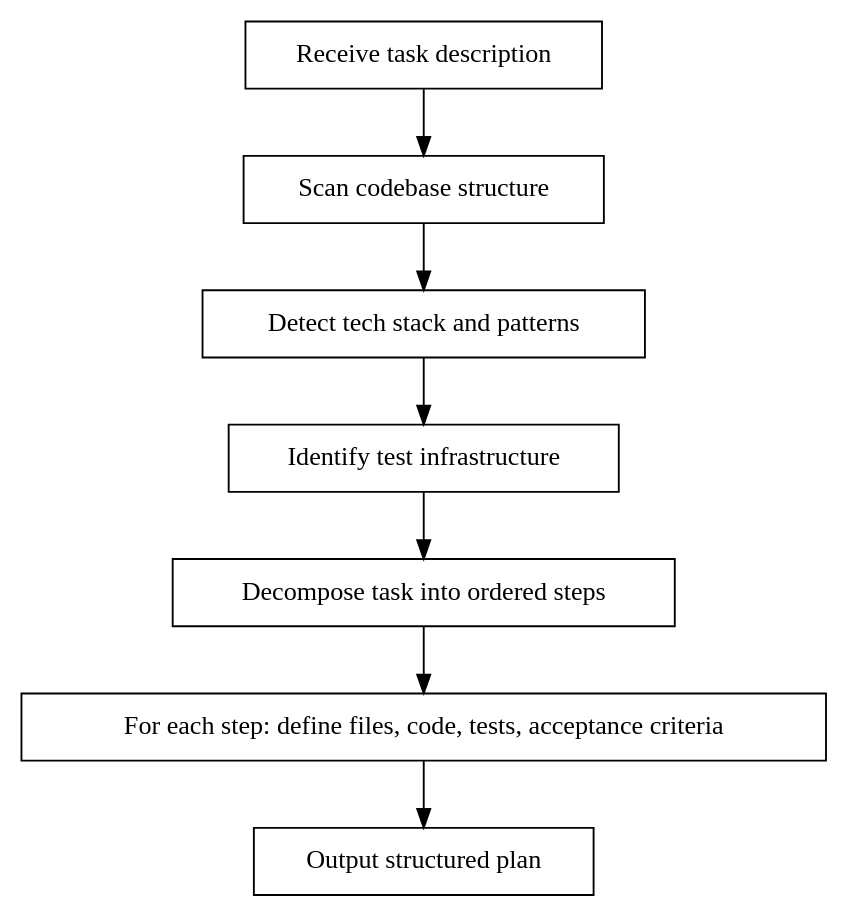
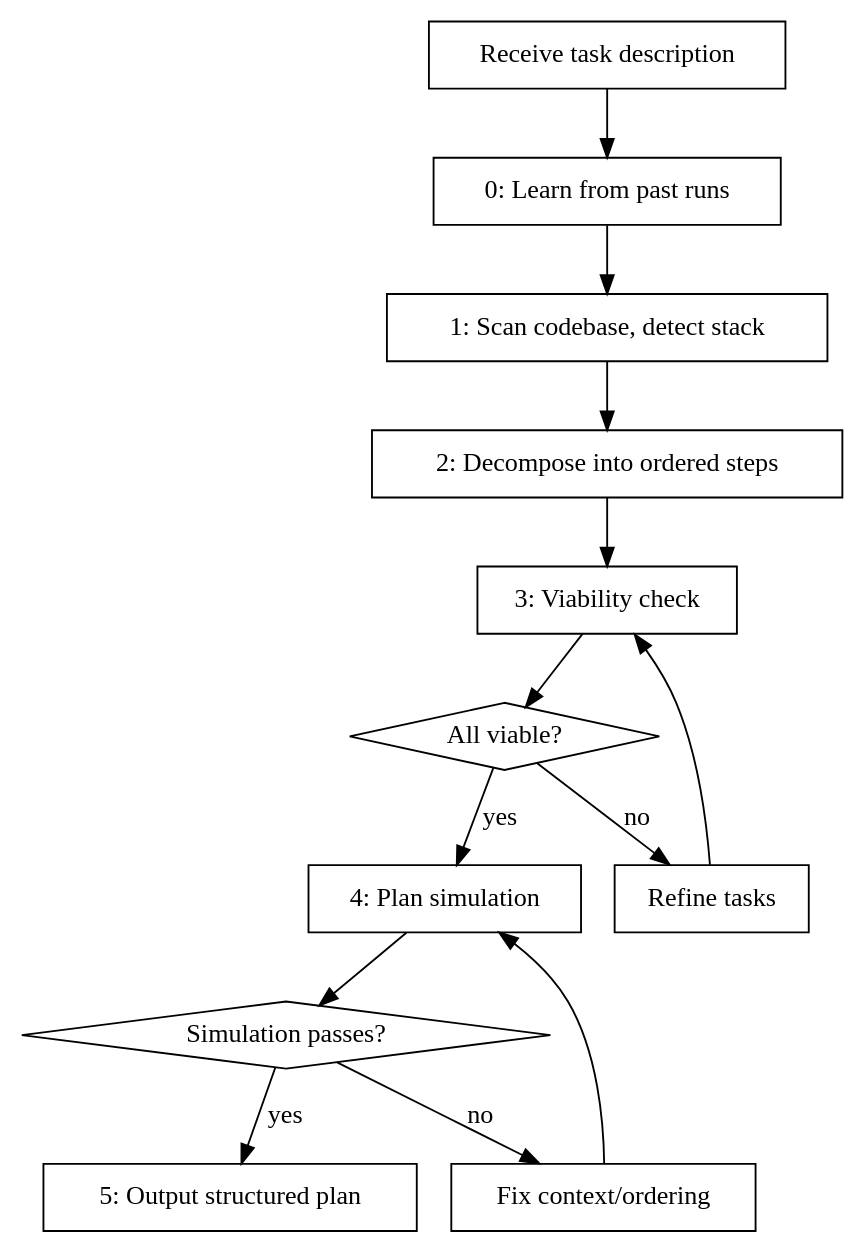
The diagram in skills/auto-plan/SKILL.md (hybriden/shipwright), drawn with Graphviz before and after one commit. The commit also changed other lines of this file and 14 other files, not shown here.

````diff
--- a/skills/auto-plan/SKILL.md
+++ b/skills/auto-plan/SKILL.md
@@ -32,19 +32,29 @@
 ```dot
 digraph auto_plan {
     rankdir=TB;
     "Receive task description" [shape=box];
-    "Scan codebase structure" [shape=box];
-    "Detect tech stack and patterns" [shape=box];
-    "Identify test infrastructure" [shape=box];
-    "Decompose task into ordered steps" [shape=box];
-    "For each step: define files, code, tests, acceptance criteria" [shape=box];
-    "Output structured plan" [shape=box];
+    "0: Learn from past runs" [shape=box];
+    "1: Scan codebase, detect stack" [shape=box];
+    "2: Decompose into ordered steps" [shape=box];
+    "3: Viability check" [shape=box];
+    "All viable?" [shape=diamond];
+    "Refine tasks" [shape=box];
+    "4: Plan simulation" [shape=box];
+    "Simulation passes?" [shape=diamond];
+    "Fix context/ordering" [shape=box];
+    "5: Output structured plan" [shape=box];
 
-    "Receive task description" -> "Scan codebase structure";
-    "Scan codebase structure" -> "Detect tech stack and patterns";
-    "Detect tech stack and patterns" -> "Identify test infrastructure";
-    "Identify test infrastructure" -> "Decompose task into ordered steps";
-    "Decompose task into ordered steps" -> "For each step: define files, code, tests, acceptance criteria";
-    "For each step: define files, code, tests, acceptance criteria" -> "Output structured plan";
+    "Receive task description" -> "0: Learn from past runs";
+    "0: Learn from past runs" -> "1: Scan codebase, detect stack";
+    "1: Scan codebase, detect stack" -> "2: Decompose into ordered steps";
+    "2: Decompose into ordered steps" -> "3: Viability check";
+    "3: Viability check" -> "All viable?";
+    "All viable?" -> "4: Plan simulation" [label="yes"];
+    "All viable?" -> "Refine tasks" [label="no"];
+    "Refine tasks" -> "3: Viability check";
+    "4: Plan simulation" -> "Simulation passes?";
+    "Simulation passes?" -> "5: Output structured plan" [label="yes"];
+    "Simulation passes?" -> "Fix context/ordering" [label="no"];
+    "Fix context/ordering" -> "4: Plan simulation";
 }
 ```
````
